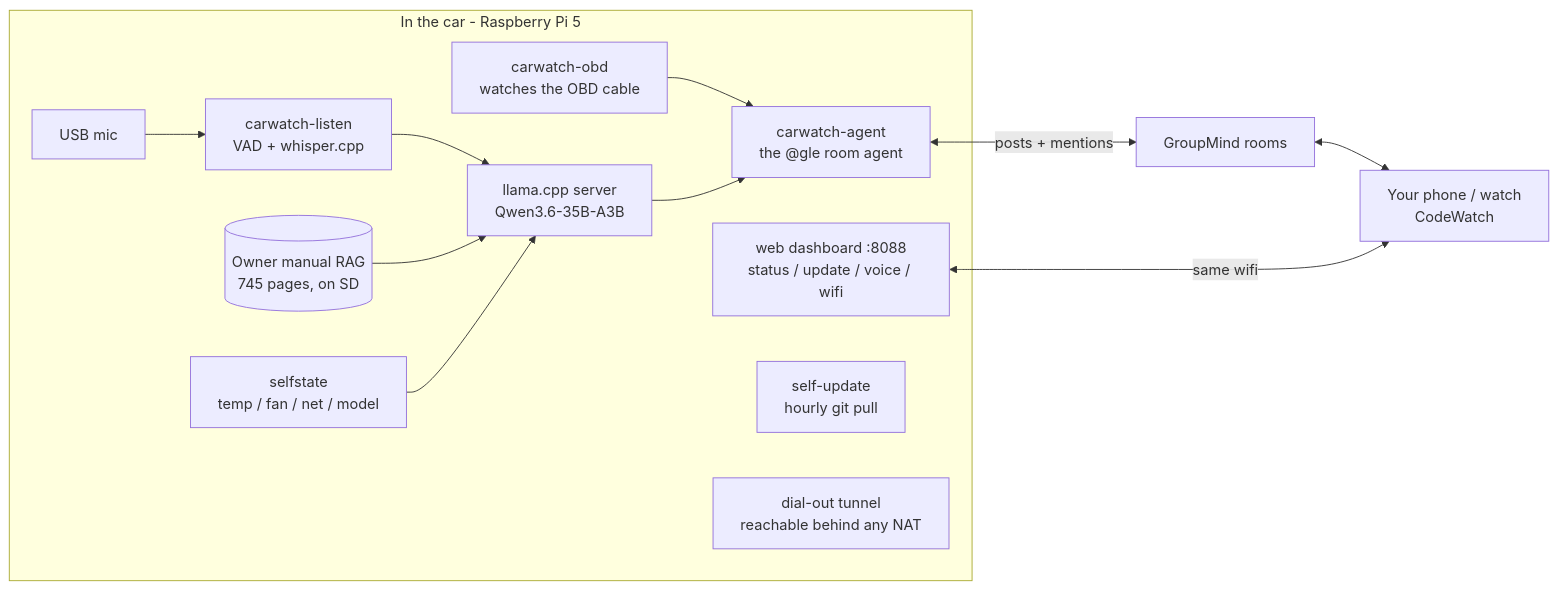
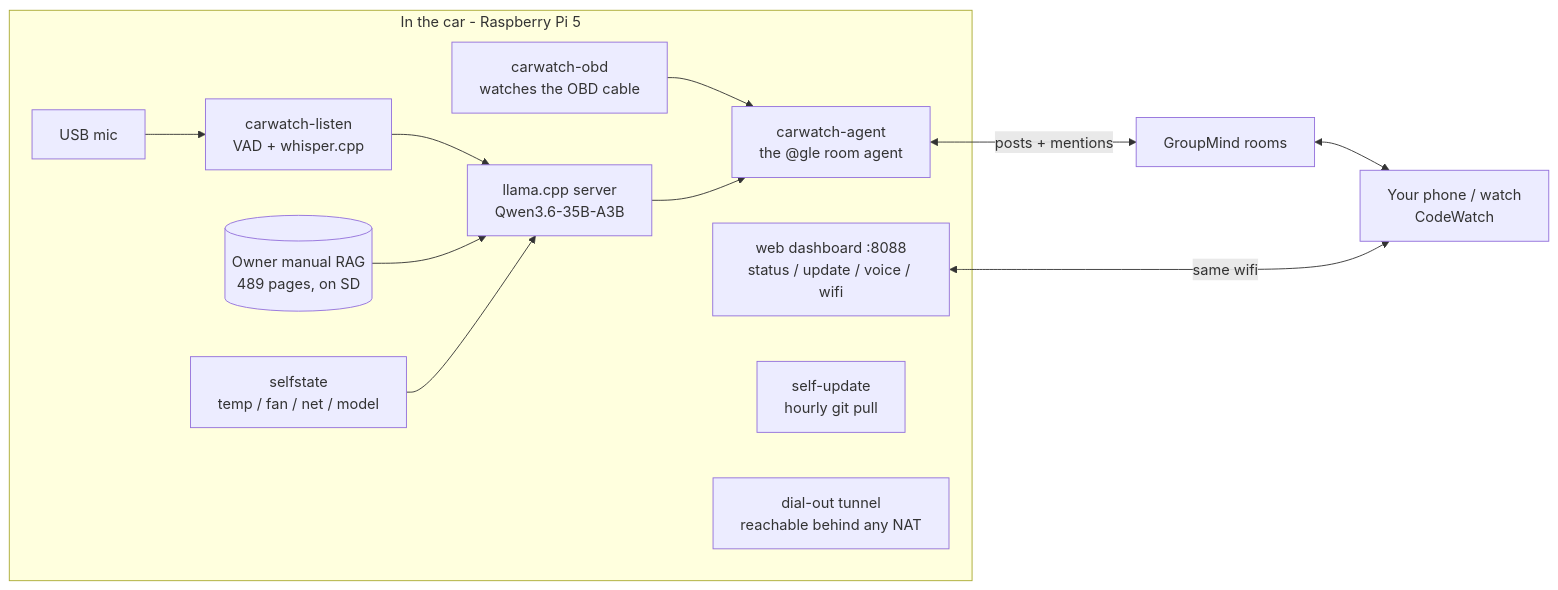
The diagram in README.md (ThinkOffApp/CarWatch), drawn with Mermaid before and after one commit. The commit also changed other lines of this file, not shown here.

Commit message:
README: manual is 489 pages, measured from the live index (was 745, unmeasured)

````diff
--- a/README.md
+++ b/README.md
@@ -142,17 +142,17 @@
 ```mermaid
 flowchart LR
     subgraph car [In the car - Raspberry Pi 5]
         MIC[USB mic] --> LISTEN[carwatch-listen<br/>VAD + whisper.cpp]
         LISTEN --> BRAIN[llama.cpp server<br/>Qwen3.6-35B-A3B]
-        MANUAL[(Owner manual RAG<br/>745 pages, on SD)] --> BRAIN
+        MANUAL[(Owner manual RAG<br/>489 pages, on SD)] --> BRAIN
         STATE[selfstate<br/>temp / fan / net / model] --> BRAIN
         OBD[carwatch-obd<br/>watches the OBD cable] --> AGENT
         BRAIN --> AGENT[carwatch-agent<br/>the @gle room agent]
         DASH[web dashboard :8088<br/>status / update / voice / wifi]
         UPD[self-update<br/>hourly git pull]
         REACH[dial-out tunnel<br/>reachable behind any NAT]
     end
     AGENT <-->|posts + mentions| GM[GroupMind rooms]
     GM <--> PHONE[Your phone / watch<br/>CodeWatch]
     DASH <-->|same wifi| PHONE
 ```
````
